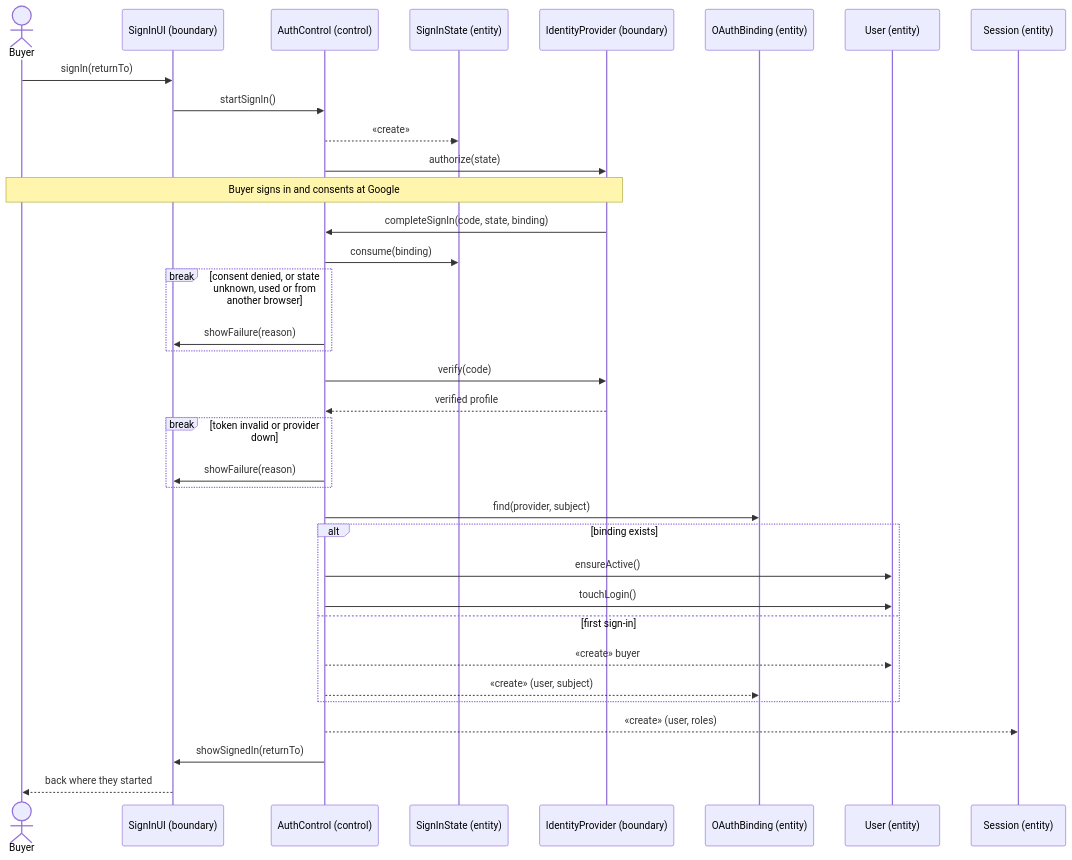
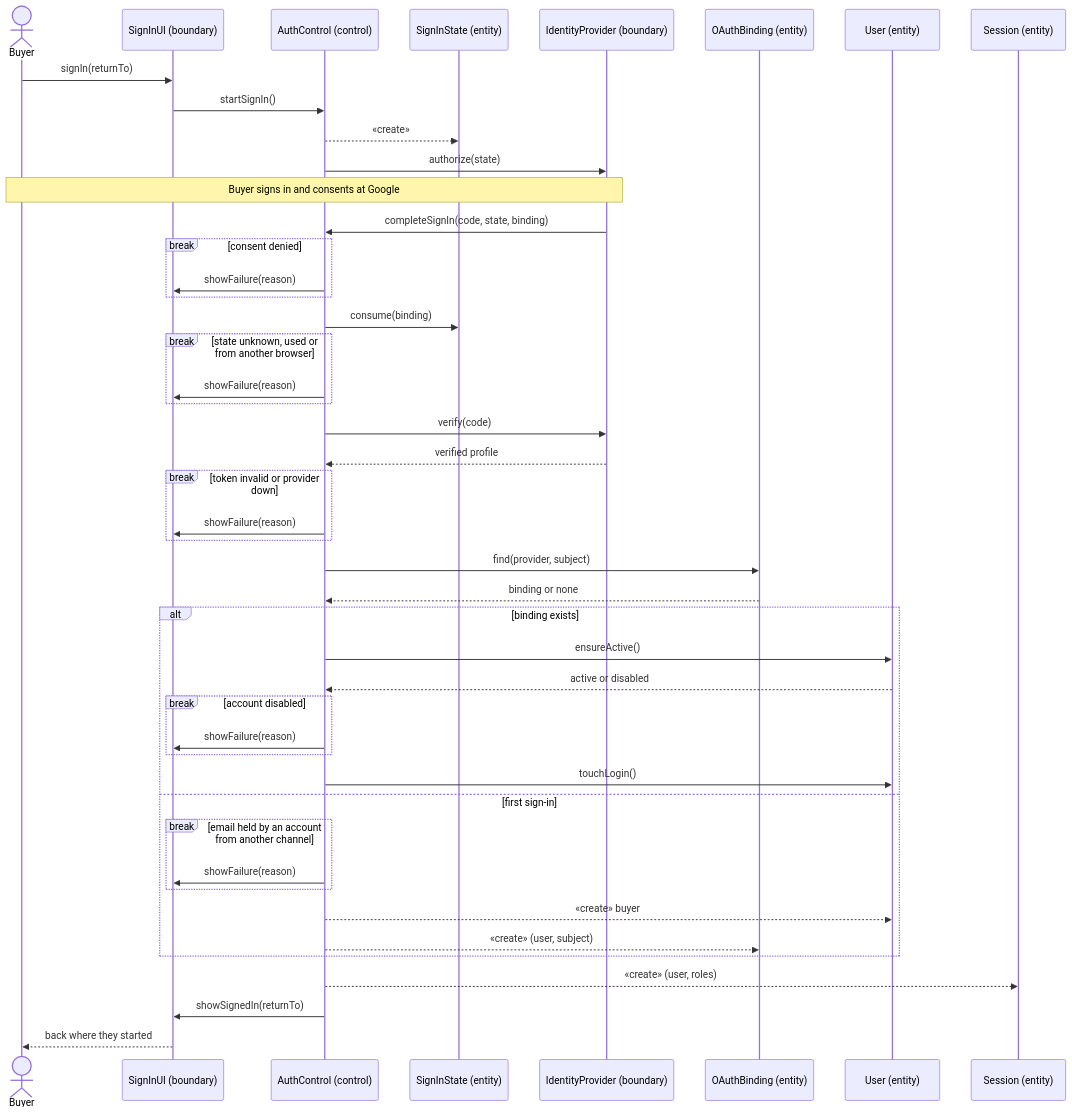
One commit to PPsyrius/iss-groupbuy-team8 changed the fifth of 18 diagrams in docs/swe5006/report/sections/03-4-3-pan.md. Above: the diagram before and after it, drawn with Mermaid. The commit also changed other lines of this file and 60 other files, not shown here.

First line of the commit message:
docs(report): template format, VP-style UML and fact fixes (#463, #695) (#704)

````diff
--- a/docs/swe5006/report/sections/03-4-3-pan.md
+++ b/docs/swe5006/report/sections/03-4-3-pan.md
@@ -220,37 +221,48 @@
 ```mermaid
 sequenceDiagram
     actor Buyer
     participant UI as SignInUI (boundary)
     participant Ctl as AuthControl (control)
     participant St as SignInState (entity)
     participant IdP as IdentityProvider (boundary)
     participant B as OAuthBinding (entity)
     participant U as User (entity)
     participant S as Session (entity)
     Buyer->>UI: signIn(returnTo)
     UI->>Ctl: startSignIn()
     Ctl-->>St: «create»
     Ctl->>IdP: authorize(state)
     Note over Buyer,IdP: Buyer signs in and consents at Google
     IdP->>Ctl: completeSignIn(code, state, binding)
+    break consent denied
+        Ctl->>UI: showFailure(reason)
+    end
     Ctl->>St: consume(binding)
-    break consent denied, or state unknown, used or from another browser
+    break state unknown, used or from another browser
         Ctl->>UI: showFailure(reason)
     end
     Ctl->>IdP: verify(code)
     IdP-->>Ctl: verified profile
     break token invalid or provider down
         Ctl->>UI: showFailure(reason)
     end
     Ctl->>B: find(provider, subject)
+    B-->>Ctl: binding or none
     alt binding exists
         Ctl->>U: ensureActive()
+        U-->>Ctl: active or disabled
+        break account disabled
+            Ctl->>UI: showFailure(reason)
+        end
         Ctl->>U: touchLogin()
     else first sign-in
+        break email held by an account from another channel
+            Ctl->>UI: showFailure(reason)
+        end
         Ctl-->>U: «create» buyer
         Ctl-->>B: «create» (user, subject)
     end
     Ctl-->>S: «create» (user, roles)
     Ctl->>UI: showSignedIn(returnTo)
     UI-->>Buyer: back where they started
 ```
````
